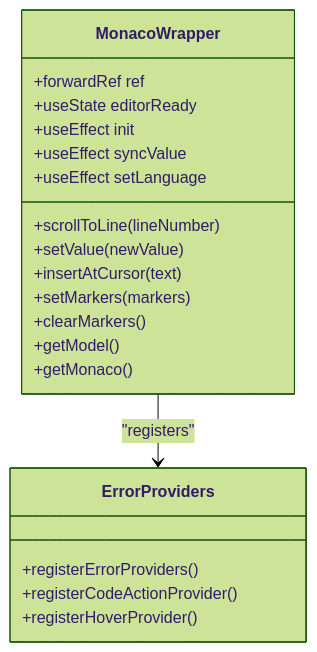
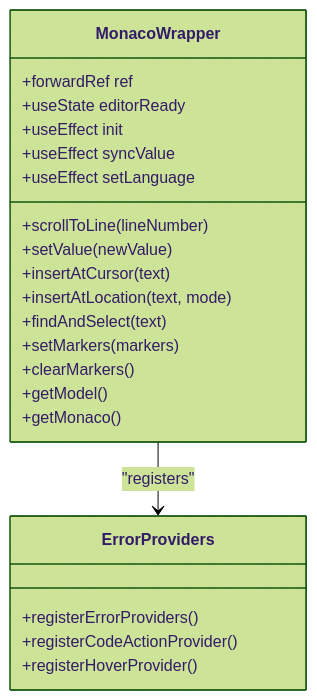
Before and after one commit to ongchonghian/universal-diagram-editor: the third of 9 diagrams in .qoder/repowiki/en/content/Project Overview.md, drawn with Mermaid (forest theme). The commit also changed other lines of this file and 31 other files, not shown here.

````diff
--- a/.qoder/repowiki/en/content/Project Overview.md
+++ b/.qoder/repowiki/en/content/Project Overview.md
@@ -160,23 +160,25 @@
 ```mermaid
 classDiagram
 class MonacoWrapper {
 +forwardRef ref
 +useState editorReady
 +useEffect init
 +useEffect syncValue
 +useEffect setLanguage
 +scrollToLine(lineNumber)
 +setValue(newValue)
 +insertAtCursor(text)
++insertAtLocation(text, mode)
++findAndSelect(text)
 +setMarkers(markers)
 +clearMarkers()
 +getModel()
 +getMonaco()
 }
 class ErrorProviders {
 +registerErrorProviders()
 +registerCodeActionProvider()
 +registerHoverProvider()
 }
 MonacoWrapper --> ErrorProviders : "registers"
 ```
````
